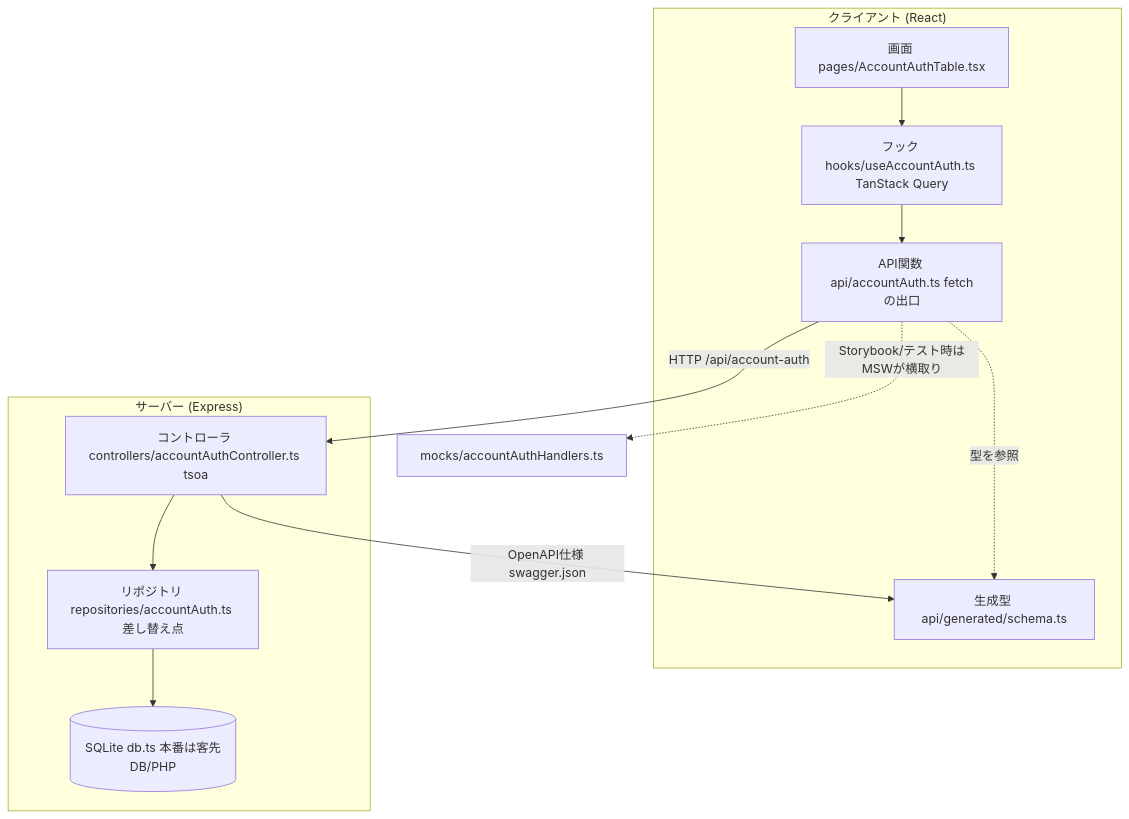
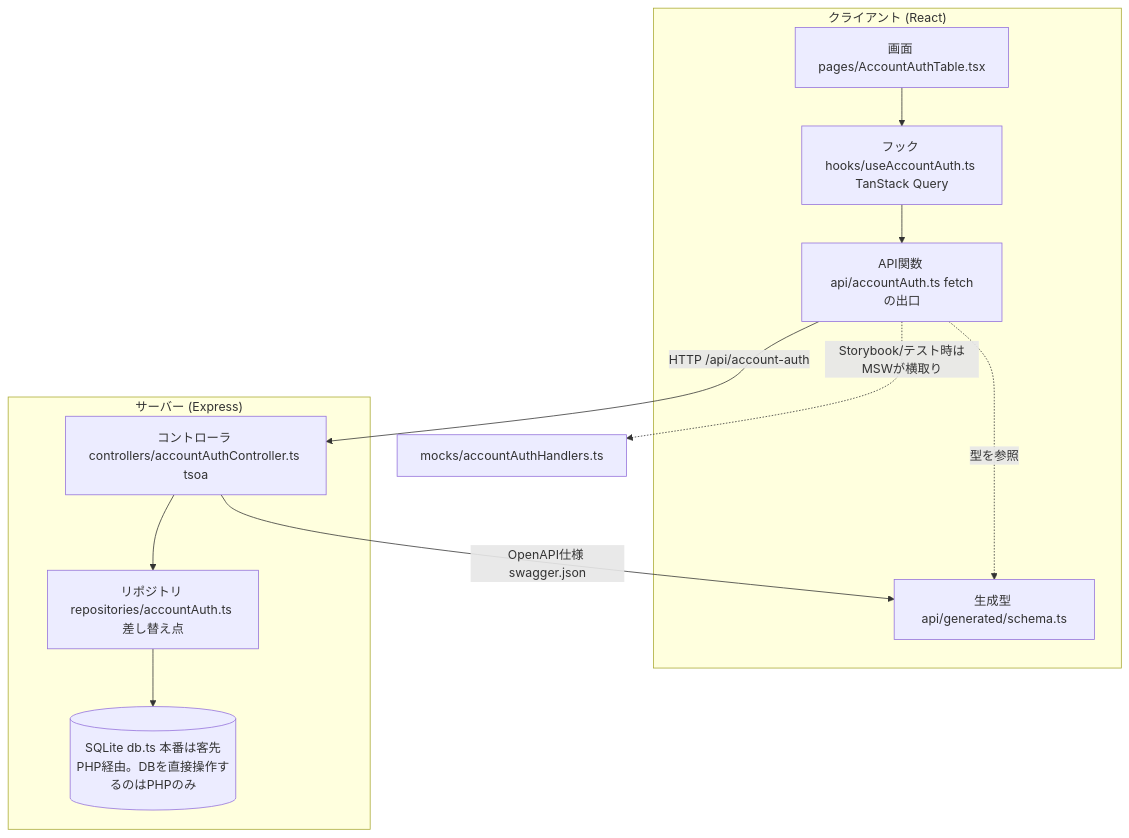
Before and after one commit to katsya1117/dmt: the first of 2 diagrams in docs/画面実装パターン.md, drawn with Mermaid. The commit also changed other lines of this file and 11 other files, not shown here.

````diff
--- a/docs/画面実装パターン.md
+++ b/docs/画面実装パターン.md
@@ -31,22 +31,22 @@
 ```mermaid
 flowchart TB
   subgraph client["クライアント (React)"]
     Page["画面 pages/AccountAuthTable.tsx"]
     Hook["フック hooks/useAccountAuth.ts TanStack Query"]
     Api["API関数 api/accountAuth.ts fetchの出口"]
     Schema["生成型 api/generated/schema.ts"]
     Page --> Hook --> Api
     Api -. 型を参照 .-> Schema
   end
 
   subgraph server["サーバー (Express)"]
     Ctrl["コントローラ controllers/accountAuthController.ts tsoa"]
     Repo["リポジトリ repositories/accountAuth.ts 差し替え点"]
-    DB[("SQLite db.ts 本番は客先DB/PHP")]
+    DB[("SQLite db.ts 本番は客先PHP経由。DBを直接操作するのはPHPのみ")]
     Ctrl --> Repo --> DB
   end
 
   Api -->|"HTTP /api/account-auth"| Ctrl
   Ctrl -->|"OpenAPI仕様 swagger.json"| Schema
   Api -. "Storybook/テスト時はMSWが横取り" .-> MSW["mocks/accountAuthHandlers.ts"]
 ```
````
